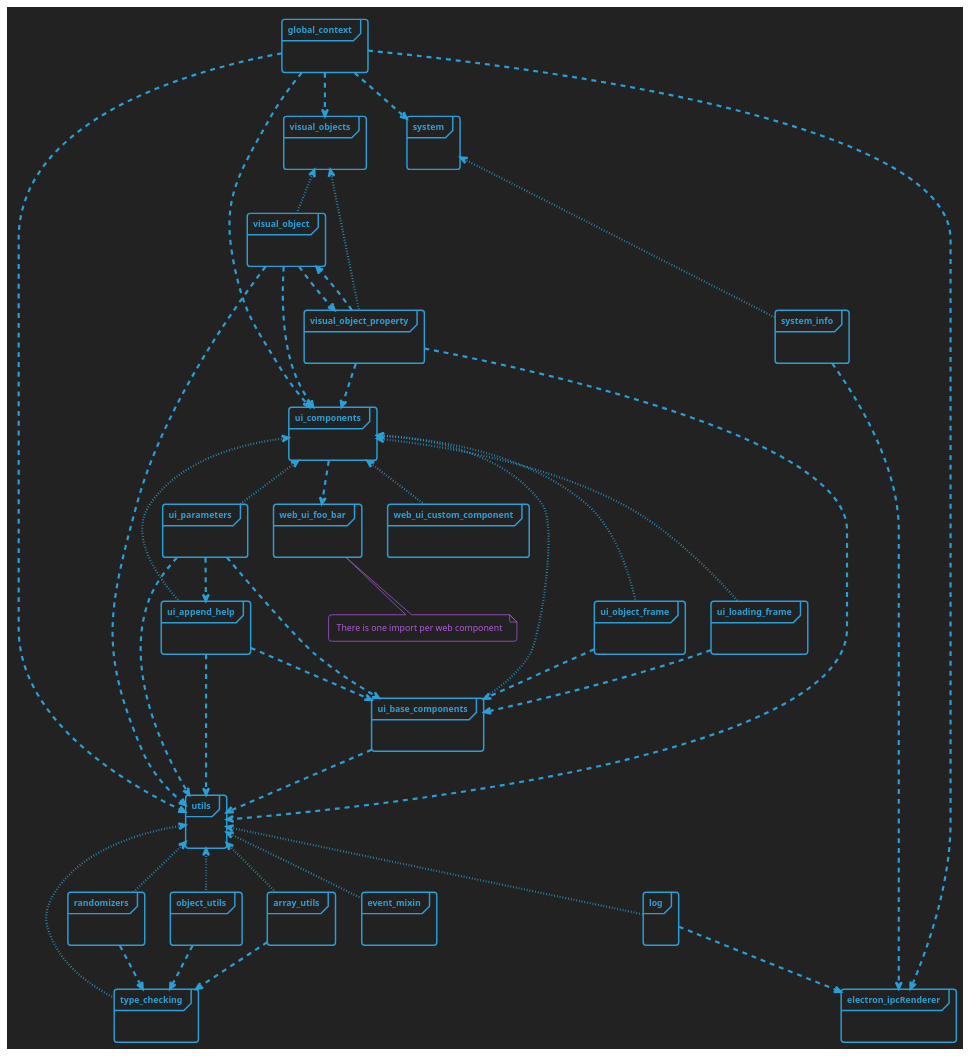
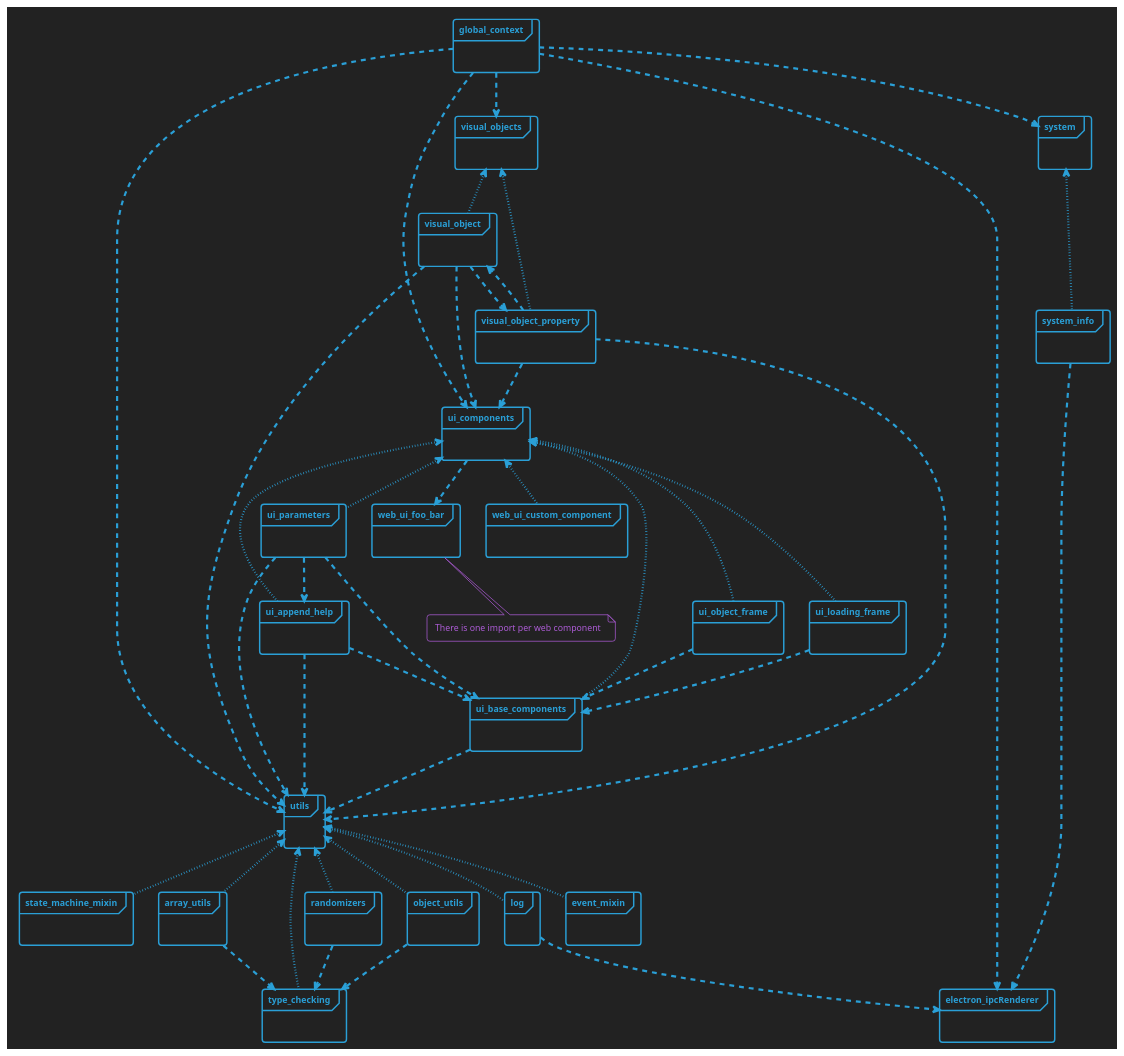
One commit to Picorims/wav2bar changed the diagram in docs/modules.plantuml. Above: the diagram before and after it, drawn with PlantUML. The commit also changed 8 other files, not shown here.

Commit message:
add state machine mixin

```diff
--- a/docs/modules.plantuml
+++ b/docs/modules.plantuml
@@ -1,119 +1,122 @@
 @startuml modules
 
 'Wav2Bar - Free software for creating audio visualization (motion design) videos
 'Copyright (C) 2022  Picorims <picorims.contact@gmail.com>
 
 'This program is free software: you can redistribute it and/or modify
 'it under the terms of the GNU General Public License as published by
 'the Free Software Foundation, either version 3 of the License, or
 'any later version.
 
 'This program is distributed in the hope that it will be useful,
 'but WITHOUT ANY WARRANTY; without even the implied warranty of
 'MERCHANTABILITY or FITNESS FOR A PARTICULAR PURPOSE.  See the
 'GNU General Public License for more details.
 
 'You should have received a copy of the GNU General Public License
 'along with this program.  If not, see <https://www.gnu.org/licenses/>.
 
 !theme cyborg-outline
 skinparam BackgroundColor #222222
 skinparam PackageStyle frame
 
 'package: dotted = export, otherwise = import
 
 package "global_context" {}
 global_context ..> utils
 global_context ..> ui_components
 global_context ..> system
 global_context ..> electron_ipcRenderer
 global_context ..> visual_objects
 
 
 
 package "electron_ipcRenderer" {}
 
 
 
 package "system" {}
 system <.[dotted]. system_info
 
 package "system_info" {}
 system_info ..> electron_ipcRenderer
 
 
 
 package "ui_components" {}
 ui_components <.[dotted]. ui_base_components
 ui_components <.[dotted]. web_ui_custom_component
 ui_components ..> web_ui_foo_bar
 ui_components <.[dotted]. ui_parameters
 ui_components <.[dotted]. ui_append_help
 ui_components <.[dotted]. ui_object_frame
 ui_components <.[dotted]. ui_loading_frame
 
 package "ui_base_components" {}
 ui_base_components ..> utils
 
 package "web_ui_custom_component" {}
 package "web_ui_foo_bar" {}
 note bottom of web_ui_foo_bar: There is one import per web component
 
 package "ui_parameters" {}
 ui_parameters ..> utils
 ui_parameters ..> ui_base_components
 ui_parameters ..> ui_append_help
 
 package "ui_append_help" {}
 ui_append_help ..> utils
 ui_append_help ..> ui_base_components
 
 package "ui_object_frame" {}
 ui_object_frame ..> ui_base_components
 
 package "ui_loading_frame" {}
 ui_loading_frame ..> ui_base_components
 
 
 
 package "utils" {}
 utils <.[dotted]. type_checking
 utils <.[dotted]. randomizers
 utils <.[dotted]. array_utils
 utils <.[dotted]. log
 utils <.[dotted]. event_mixin
+utils <.[dotted]. state_machine_mixin
 utils <.[dotted]. object_utils
 
 package "array_utils" {}
 array_utils ..> type_checking
 
 package "randomizers" {}
 randomizers ..> type_checking
 
 package "type_checking" {}
 
 package "log" {}
 log ..> electron_ipcRenderer
 
 package "event_mixin" {}
+
+package "state_machine_mixin" {}
 
 package "object_utils" {}
 object_utils ..> type_checking
 
 
 
 package "visual_objects" {}
 visual_objects <.[dotted]. visual_object
 visual_objects <.[dotted]. visual_object_property
 
 package "visual_object" {}
 visual_object ..> ui_components
 visual_object ..> utils
 visual_object ..> visual_object_property
 
 package "visual_object_property" {}
 visual_object_property ..> visual_object
 visual_object_property ..> utils
 visual_object_property ..> ui_components
 
 @enduml
```
